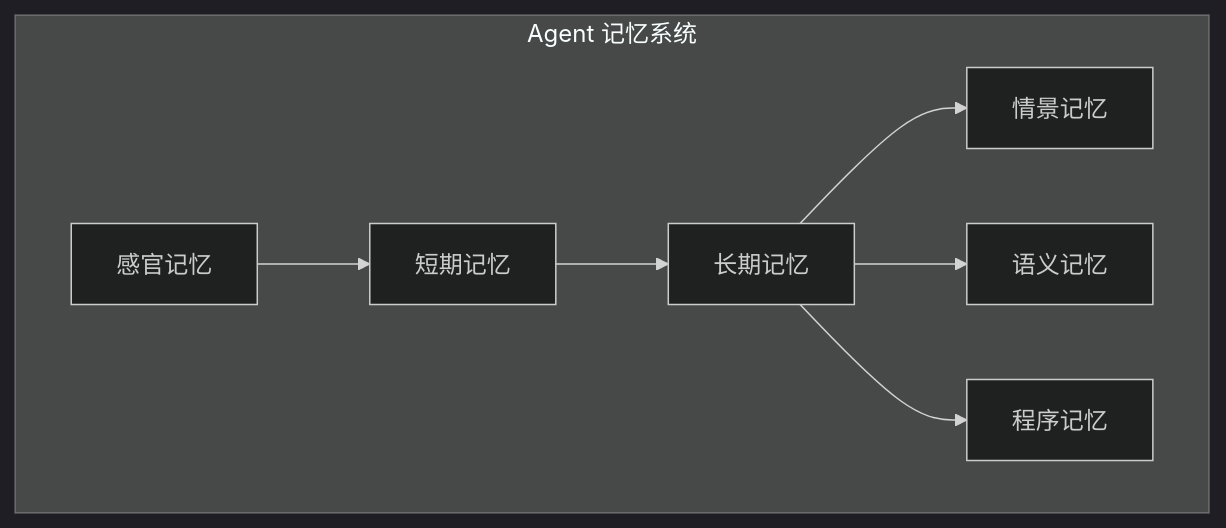
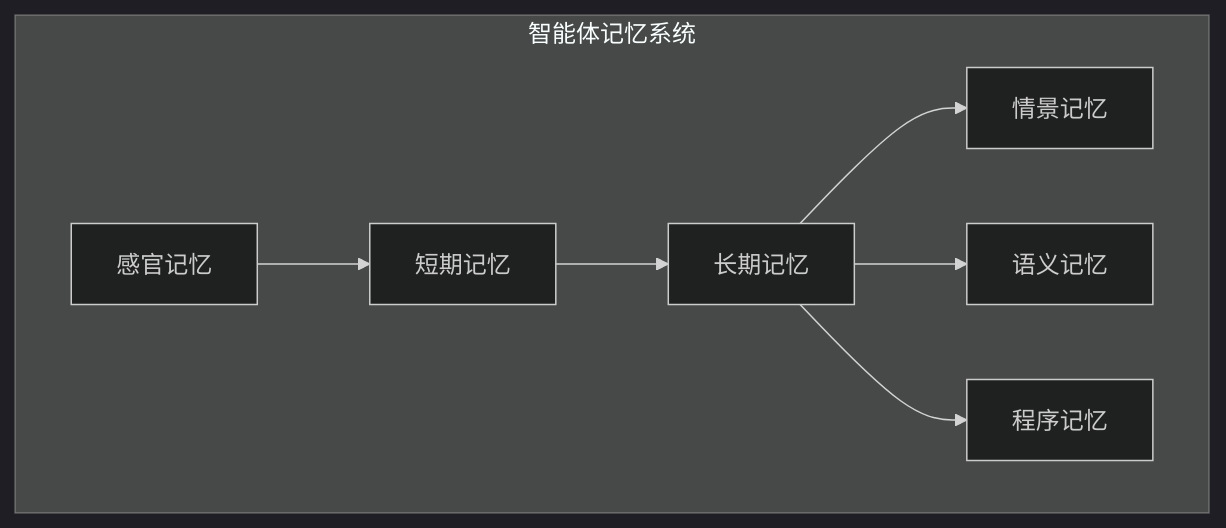
Before and after one commit to yeasy/agentic_ai_guide: the first of 3 diagrams in 03_memory/3.1_memory_models.md, drawn with Mermaid (dark theme). The commit also changed other lines of this file and 75 other files, not shown here.

````diff
--- a/03_memory/3.1_memory_models.md
+++ b/03_memory/3.1_memory_models.md
@@ -23,10 +23,10 @@
 ```mermaid
 graph TD
-    subgraph memory["Agent 记忆系统"]
+    subgraph memory["智能体记忆系统"]
         Sensory["感官记忆"] --> Short["短期记忆"]
         Short --> Long["长期记忆"]
         Long --> Episodic["情景记忆"]
         Long --> Semantic["语义记忆"]
         Long --> Procedural["程序记忆"]
     end
 ```
````
